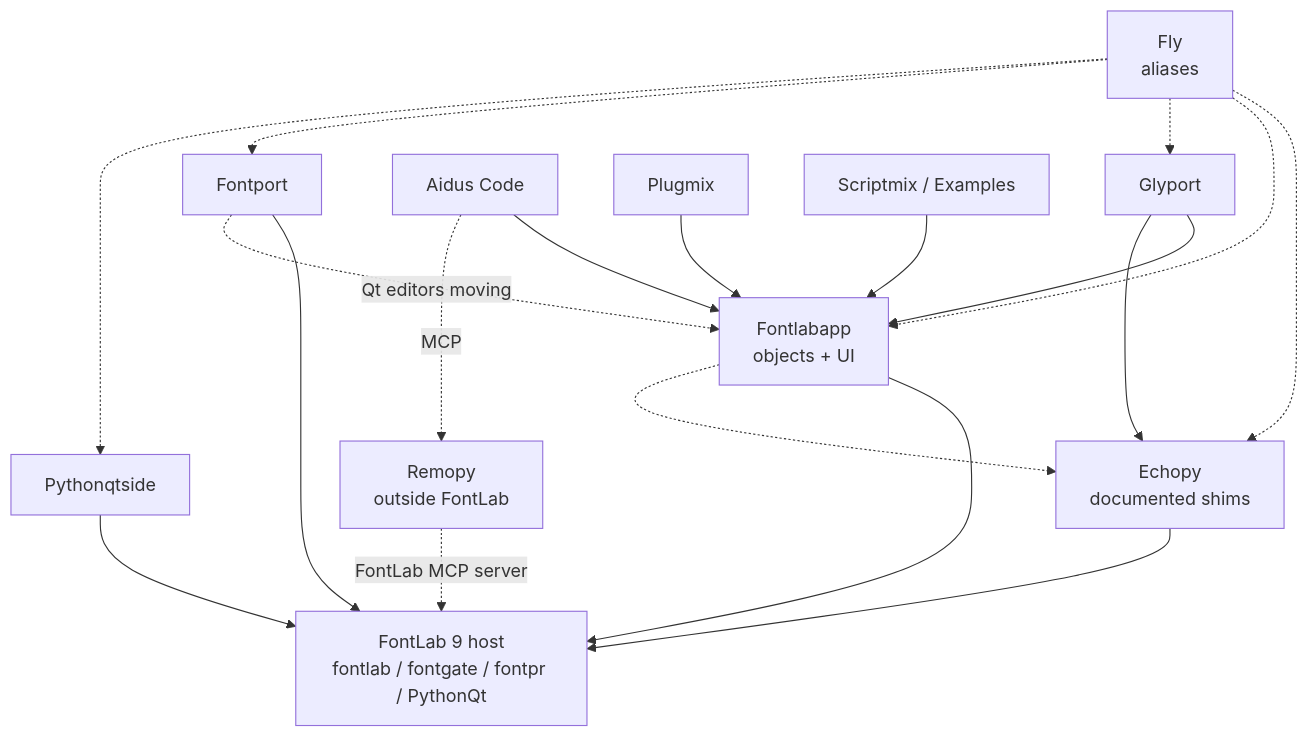
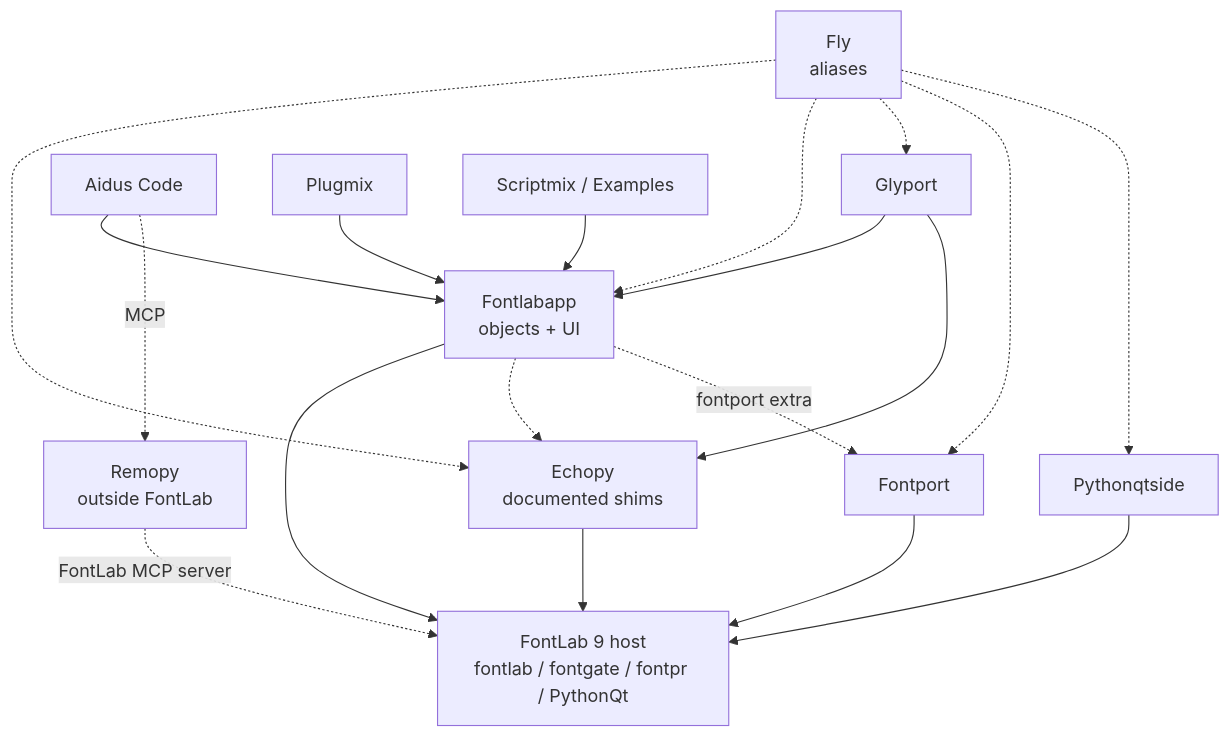
Before and after one commit to fontlabcom/fontlab-python-docs: the diagram in src_docs/md/packages/ecosystem.md, drawn with Mermaid. The commit also changed other lines of this file and 6 other files, not shown here.

````diff
--- a/src_docs/md/packages/ecosystem.md
+++ b/src_docs/md/packages/ecosystem.md
@@ -29,33 +29,33 @@
 ```mermaid
 flowchart TD
     host["FontLab 9 host<br/>fontlab / fontgate / fontpr / PythonQt"]
     echopy["Echopy<br/>documented shims"]
     app["Fontlabapp<br/>objects + UI"]
     qside["Pythonqtside"]
     glyport["Glyport"]
     fontport["Fontport"]
     fly["Fly<br/>aliases"]
     aidus["Aidus Code"]
     plugmix["Plugmix"]
     scripts["Scriptmix / Examples"]
     remopy["Remopy<br/>outside FontLab"]
 
     echopy --> host
     app --> host
     qside --> host
     app -.-> echopy
     glyport --> app
     glyport --> echopy
     fontport --> host
-    fontport -.->|Qt editors moving| app
+    app -.->|fontport extra| fontport
     plugmix --> app
     aidus --> app
     aidus -.->|MCP| remopy
     scripts --> app
     fly -.-> echopy
     fly -.-> app
     fly -.-> glyport
     fly -.-> fontport
     fly -.-> qside
     remopy -.->|FontLab MCP server| host
 ```
````
